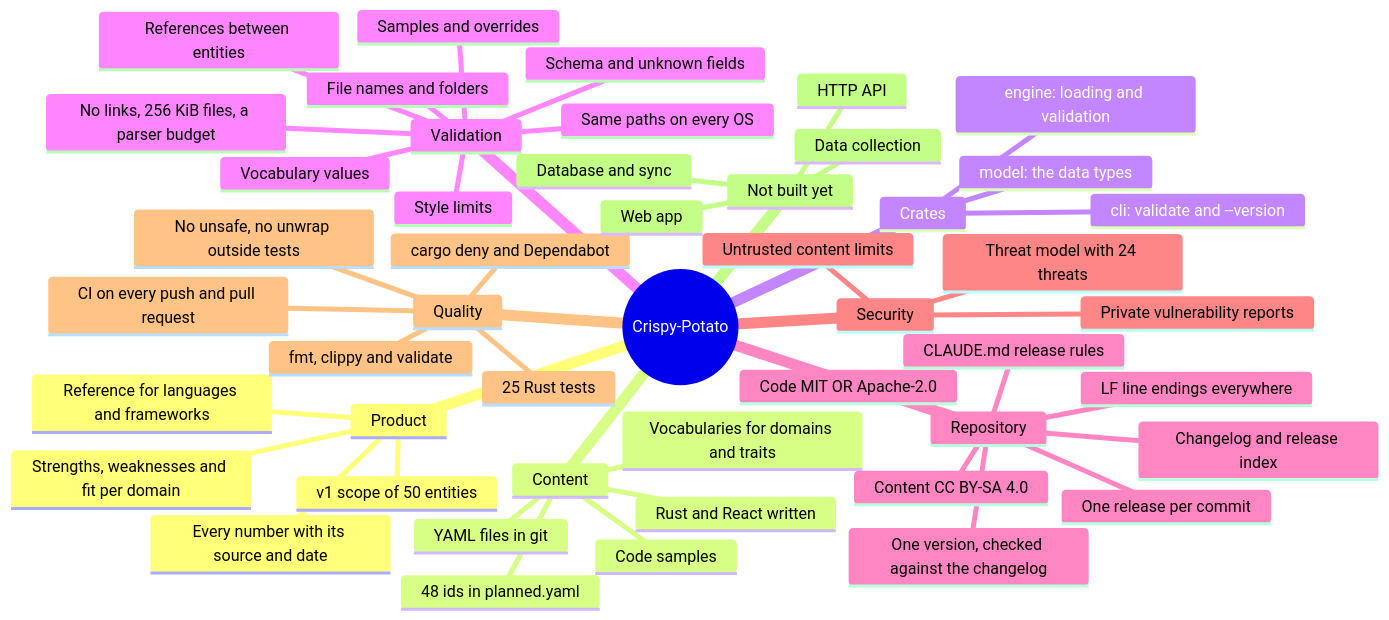
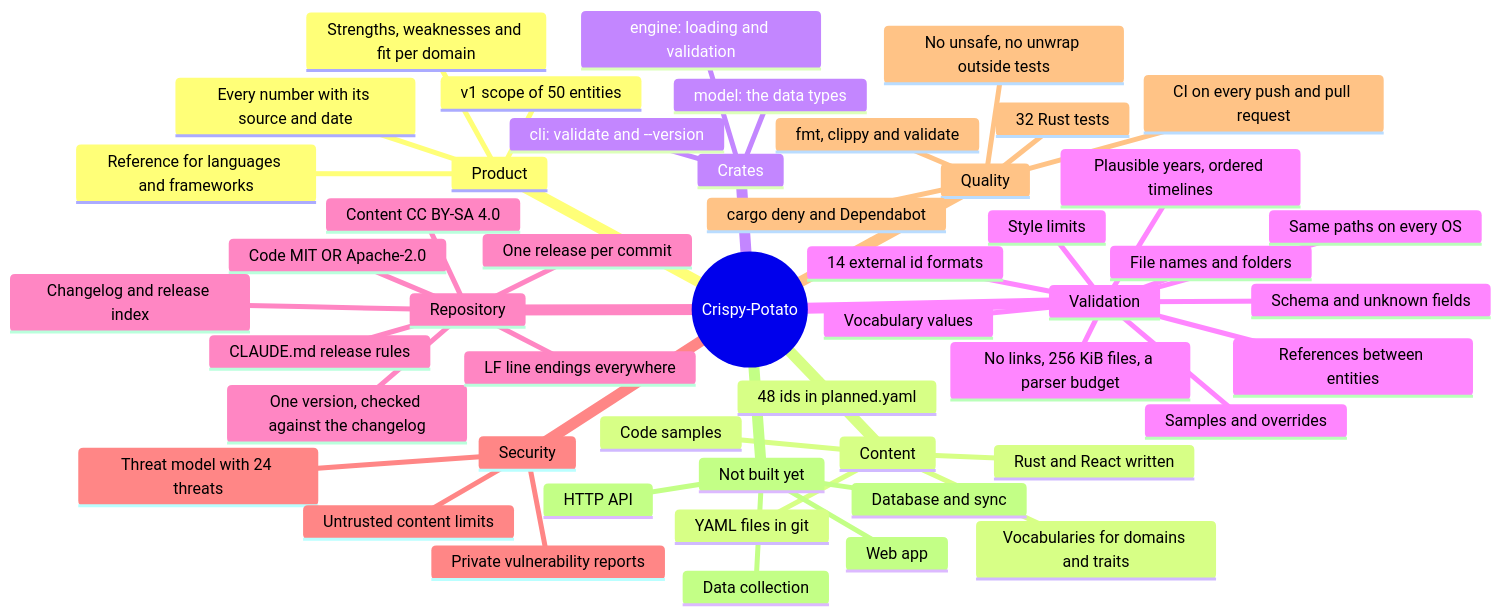
Before and after one commit to winksen/Crispy-Potato: the first of 2 diagrams in docs/MINDMAP.md, drawn with Mermaid. The commit also changed other lines of this file and 12 other files, not shown here.

````diff
--- a/docs/MINDMAP.md
+++ b/docs/MINDMAP.md
@@ -11,51 +11,53 @@
 ```mermaid
 mindmap
   root((Crispy-Potato))
     Product
       Reference for languages and frameworks
       Strengths, weaknesses and fit per domain
       Every number with its source and date
       v1 scope of 50 entities
     Content
       YAML files in git
       Rust and React written
       48 ids in planned.yaml
       Vocabularies for domains and traits
       Code samples
     Crates
       model: the data types
       engine: loading and validation
       cli: validate and --version
     Validation
       Schema and unknown fields
+      14 external id formats
+      Plausible years, ordered timelines
       File names and folders
       Vocabulary values
       References between entities
       Style limits
       Samples and overrides
       Same paths on every OS
       No links, 256 KiB files, a parser budget
     Repository
       Code MIT OR Apache-2.0
       Content CC BY-SA 4.0
       One release per commit
       One version, checked against the changelog
       Changelog and release index
       CLAUDE.md release rules
       LF line endings everywhere
     Security
       Threat model with 24 threats
       Untrusted content limits
       Private vulnerability reports
     Quality
-      25 Rust tests
+      32 Rust tests
       fmt, clippy and validate
       No unsafe, no unwrap outside tests
       CI on every push and pull request
       cargo deny and Dependabot
     Not built yet
       Database and sync
       Data collection
       HTTP API
       Web app
 ```
````
